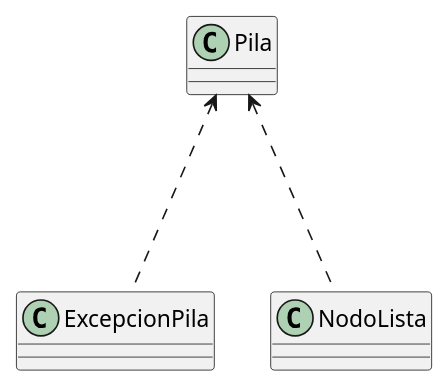
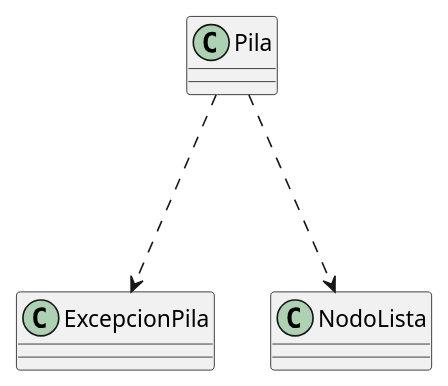
One commit to Tastor2k2/AYED-tpg-2c2024-compilados changed the diagram in UML/Pila.puml. Above: the diagram before and after it, drawn with PlantUML.

```diff
--- a/UML/Pila.puml
+++ b/UML/Pila.puml
@@ -1,15 +1,15 @@
 @startuml
 
 class Pila { 
 }
 
 class ExcepcionPila{
 }
 
 class NodoLista{
 }
 
-Pila <... NodoLista
-Pila <... ExcepcionPila
+Pila ...> NodoLista
+Pila ...> ExcepcionPila
 
 @enduml
```
